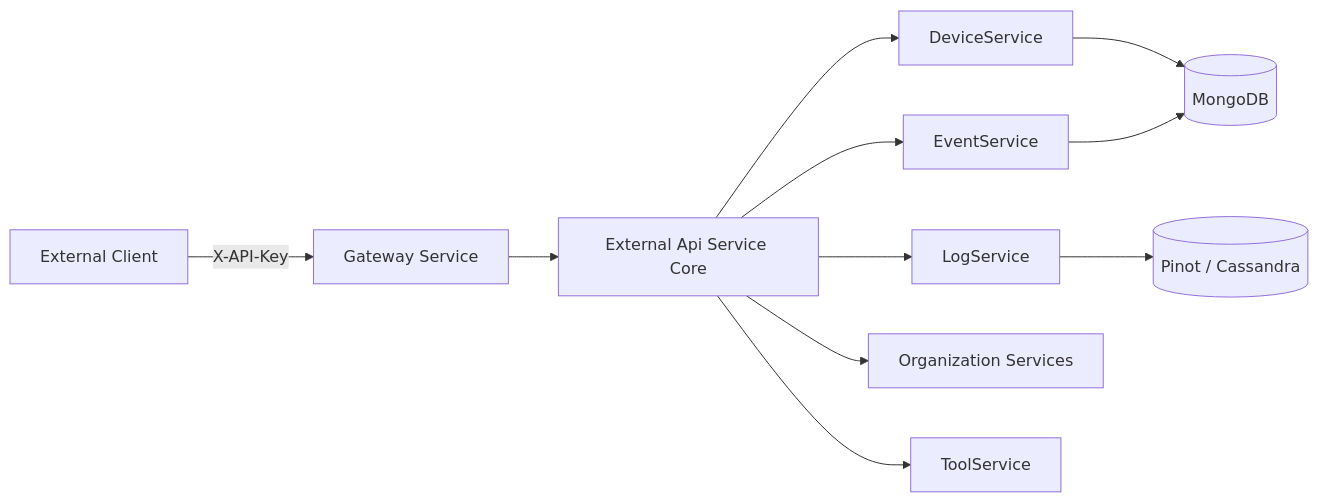
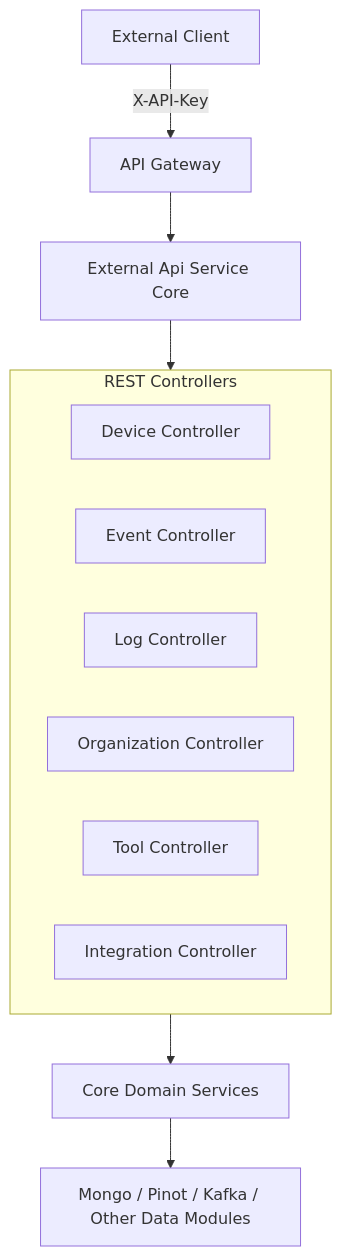
The first of 6 diagrams in docs/reference/architecture/external-api-service-core/external-api-service-core.md (flamingo-stack/openframe-oss-lib), drawn with Mermaid before and after one commit. The commit also changed other lines of this file and 172 other files, not shown here.

````diff
--- a/docs/reference/architecture/external-api-service-core/external-api-service-core.md
+++ b/docs/reference/architecture/external-api-service-core/external-api-service-core.md
@@ -42,15 +42,19 @@
 ```mermaid
-flowchart LR
-    Client["External Client"] -->|"X-API-Key"| Gateway["Gateway Service"]
+flowchart TD
+    Client["External Client"] -->|"X-API-Key"| Gateway["API Gateway"]
     Gateway --> ExternalApi["External Api Service Core"]
 
-    ExternalApi --> DeviceSvc["DeviceService"]
-    ExternalApi --> EventSvc["EventService"]
-    ExternalApi --> LogSvc["LogService"]
-    ExternalApi --> OrgSvc["Organization Services"]
-    ExternalApi --> ToolSvc["ToolService"]
+    subgraph rest_layer["REST Controllers"]
+        DeviceController["Device Controller"]
+        EventController["Event Controller"]
+        LogController["Log Controller"]
+        OrganizationController["Organization Controller"]
+        ToolController["Tool Controller"]
+        IntegrationController["Integration Controller"]
+    end
 
-    DeviceSvc --> Mongo[("MongoDB")]
-    LogSvc --> Pinot[("Pinot / Cassandra")]
-    EventSvc --> Mongo
+    ExternalApi --> rest_layer
+
+    rest_layer --> DomainServices["Core Domain Services"]
+    DomainServices --> DataLayer["Mongo / Pinot / Kafka / Other Data Modules"]
 ```
````
